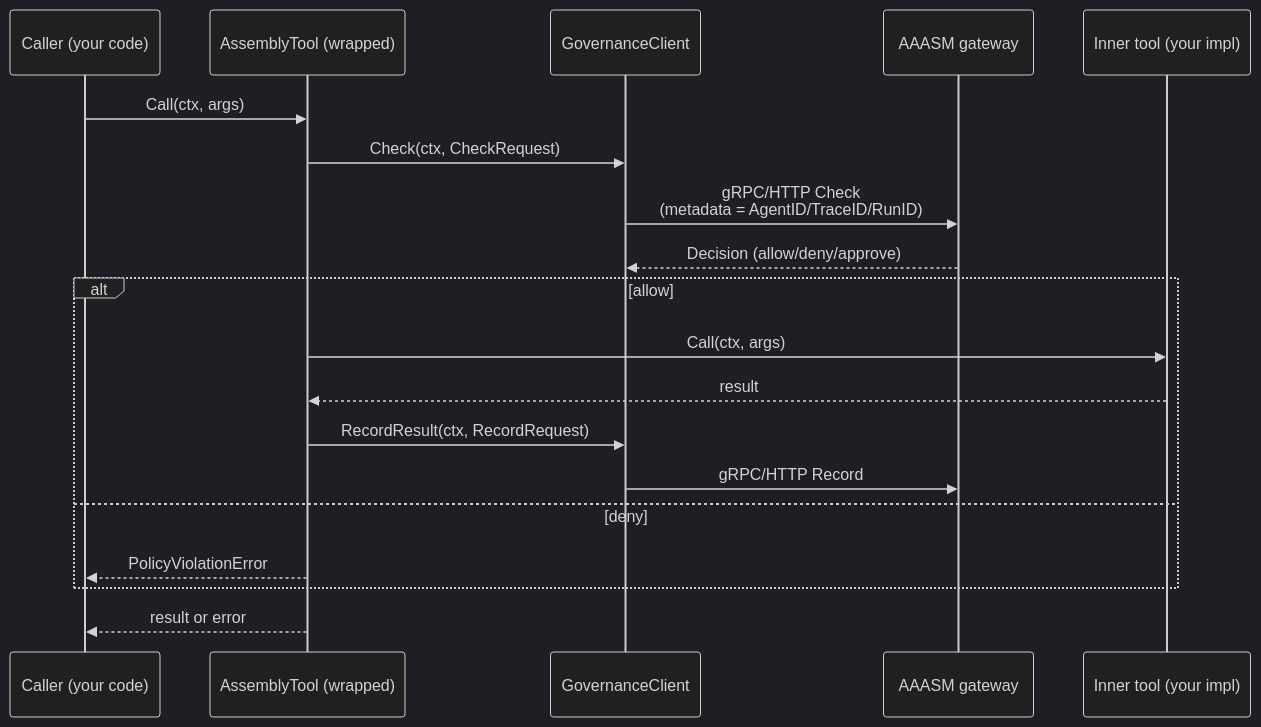
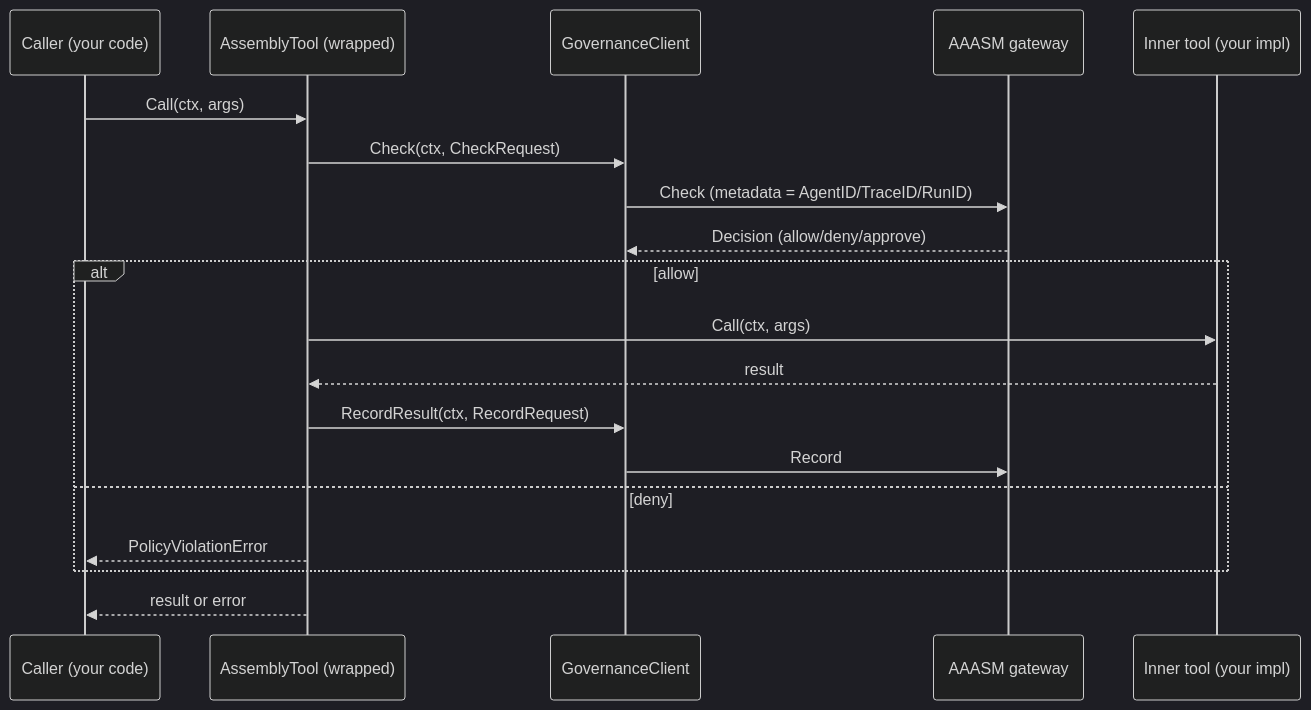
The fourth of 4 diagrams in docs/core-concepts.md (ai-agent-assembly/go-sdk), drawn with Mermaid (dark theme) before and after one commit. The commit also changed other lines of this file, not shown here.

First line of the commit message:
📝 (docs): Fold Architecture into Core Concepts with lifecycle + modes

````diff
--- a/docs/core-concepts.md
+++ b/docs/core-concepts.md
@@ -133,22 +207,22 @@
 ```mermaid
 sequenceDiagram
     participant Caller as Caller (your code)
     participant Tool as AssemblyTool (wrapped)
     participant Gov as GovernanceClient
     participant GW as AAASM gateway
     participant Inner as Inner tool (your impl)
 
     Caller->>Tool: Call(ctx, args)
     Tool->>Gov: Check(ctx, CheckRequest)
-    Gov->>GW: gRPC/HTTP Check<br/>(metadata = AgentID/TraceID/RunID)
+    Gov->>GW: Check (metadata = AgentID/TraceID/RunID)
     GW-->>Gov: Decision (allow/deny/approve)
     alt allow
         Tool->>Inner: Call(ctx, args)
         Inner-->>Tool: result
         Tool->>Gov: RecordResult(ctx, RecordRequest)
-        Gov->>GW: gRPC/HTTP Record
+        Gov->>GW: Record
     else deny
         Tool-->>Caller: PolicyViolationError
     end
     Tool-->>Caller: result or error
 ```
````
